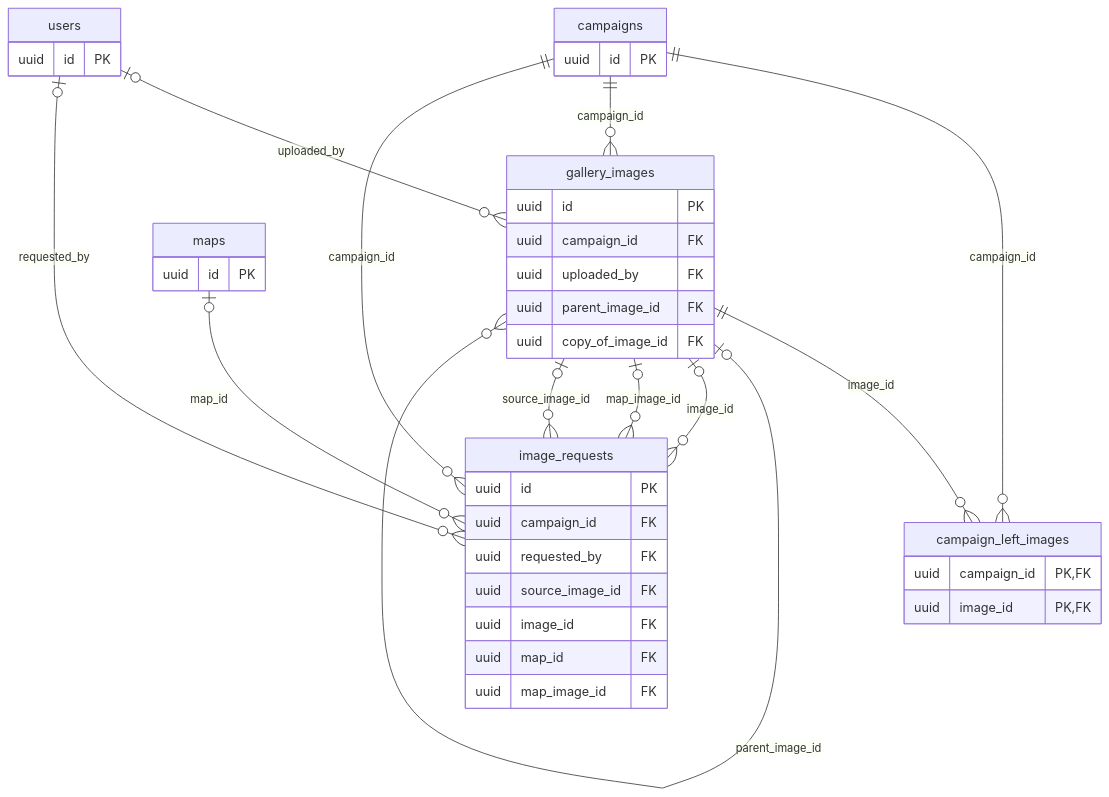
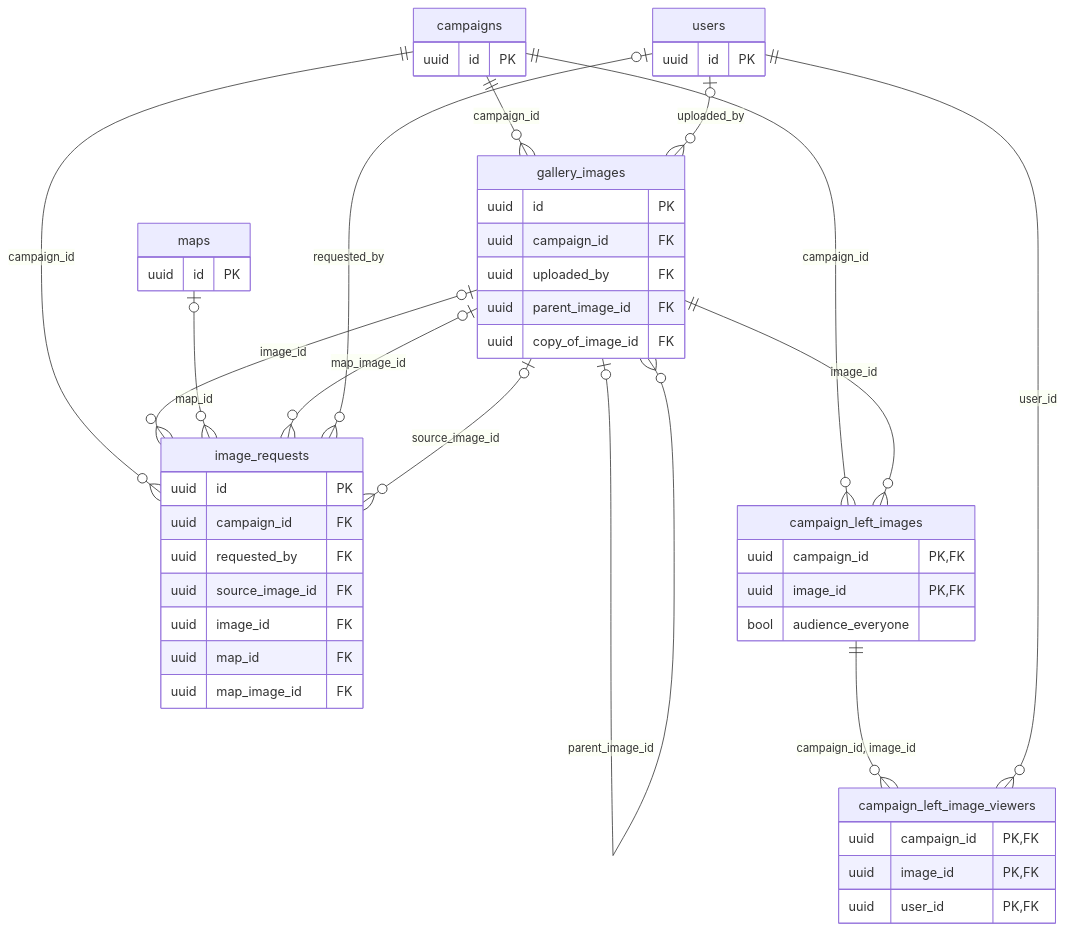
One commit to PuraFome/meuRPG changed the diagram in docs/data/gallery.md. Above: the diagram before and after it, drawn with Mermaid. The commit also changed other lines of this file and 192 other files, not shown here.

````diff
--- a/docs/data/gallery.md
+++ b/docs/data/gallery.md
@@ -5,44 +5,52 @@
 ```mermaid
 erDiagram
     gallery_images {
         uuid id PK
         uuid campaign_id FK
         uuid uploaded_by FK
         uuid parent_image_id FK
         uuid copy_of_image_id FK
     }
     image_requests {
         uuid id PK
         uuid campaign_id FK
         uuid requested_by FK
         uuid source_image_id FK
         uuid image_id FK
         uuid map_id FK
         uuid map_image_id FK
     }
     campaign_left_images {
         uuid campaign_id PK,FK
         uuid image_id PK,FK
+        bool audience_everyone
+    }
+    campaign_left_image_viewers {
+        uuid campaign_id PK,FK
+        uuid image_id PK,FK
+        uuid user_id PK,FK
     }
     campaigns {
         uuid id PK
     }
     maps {
         uuid id PK
     }
     users {
         uuid id PK
     }
+    campaign_left_images ||--o{ campaign_left_image_viewers : "campaign_id, image_id"
+    users ||--o{ campaign_left_image_viewers : "user_id"
     campaigns ||--o{ campaign_left_images : "campaign_id"
     gallery_images ||--o{ campaign_left_images : "image_id"
     campaigns ||--o{ gallery_images : "campaign_id"
     gallery_images |o--o{ gallery_images : "copy_of_image_id"
     gallery_images |o--o{ gallery_images : "parent_image_id"
     users |o--o{ gallery_images : "uploaded_by"
     campaigns ||--o{ image_requests : "campaign_id"
     gallery_images |o--o{ image_requests : "image_id"
     maps |o--o{ image_requests : "map_id"
     gallery_images |o--o{ image_requests : "map_image_id"
     users |o--o{ image_requests : "requested_by"
     gallery_images |o--o{ image_requests : "source_image_id"
 ```
````
